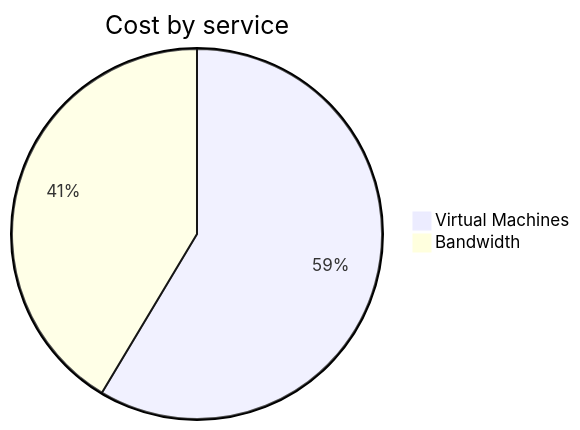
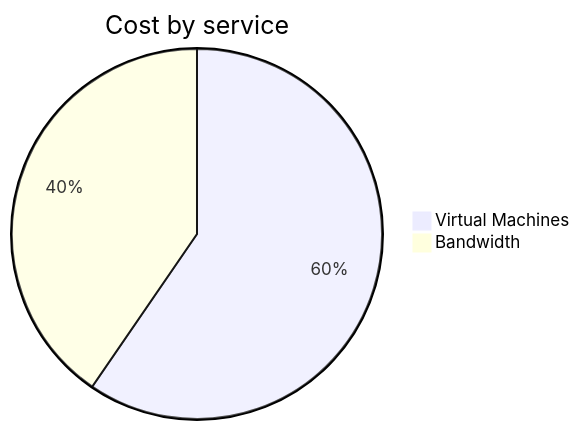
The second of 4 diagrams in cost-reports/personal-network/vpn-server.md (jpfulton/azure-personal-reports), drawn with Mermaid before and after one commit. The commit also changed other lines of this file and 8 other files, not shown here.

````diff
--- a/cost-reports/personal-network/vpn-server.md
+++ b/cost-reports/personal-network/vpn-server.md
@@ -96,6 +96,6 @@
 ```mermaid
 pie
    title Cost by service
-   "Virtual Machines" : 4.57
+   "Virtual Machines" : 4.76
    "Bandwidth" : 3.23
 ```
````
